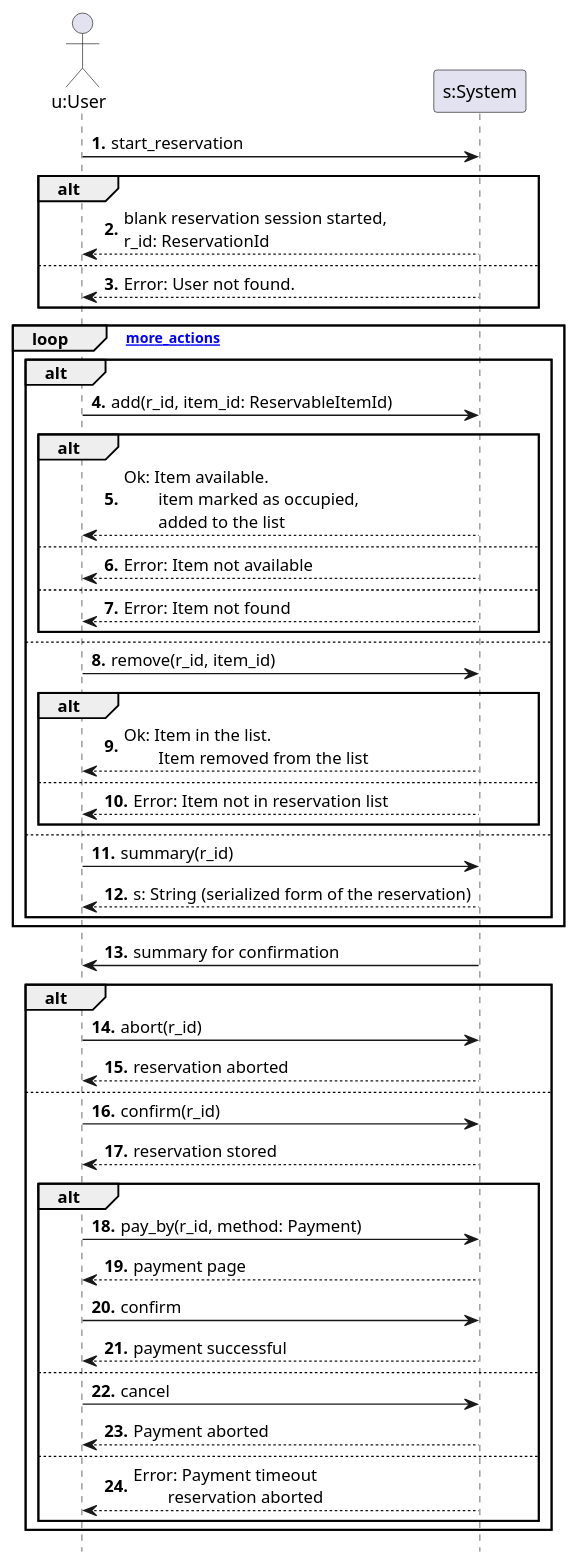
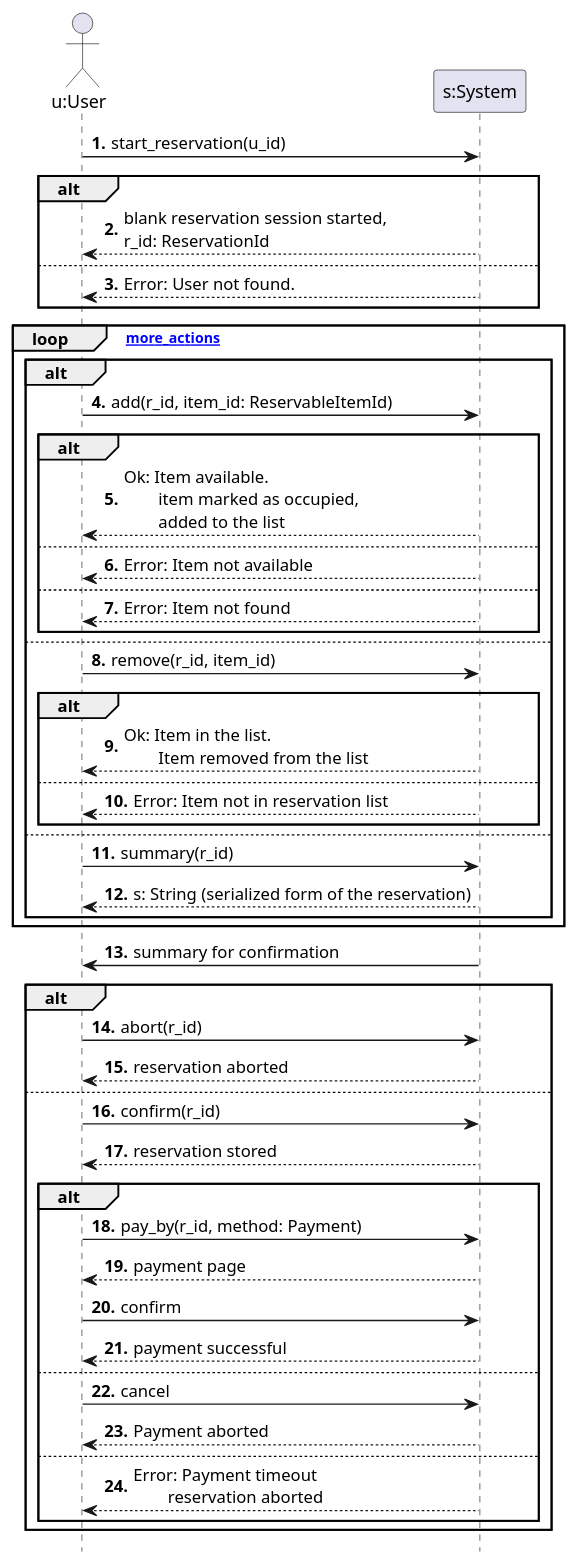
Before and after one commit to Deuchier/flight_manager_V1: the diagram in doc/analysis/ssd1.puml, drawn with PlantUML. The commit also changed 2 other files, not shown here.

```diff
--- a/doc/analysis/ssd1.puml
+++ b/doc/analysis/ssd1.puml
@@ -1,57 +1,57 @@
 @startuml
 
 hide footbox
 autonumber "<b>##."
 
 actor "u:User" as U
 participant "s:System" as S
 
-U -> S : start_reservation
+U -> S : start_reservation(u_id)
 alt
     U <-- S : blank reservation session started,\nr_id: ReservationId
 else
     U <-- S : Error: User not found.
 end
 loop [more_actions]
     alt
         U -> S : add(r_id, item_id: ReservableItemId)
         alt
             U <-- S : Ok: Item available.\n\titem marked as occupied,\n\tadded to the list
         else
             U <-- S : Error: Item not available
         else
             U <-- S : Error: Item not found
         end
     else
         U -> S : remove(r_id, item_id)
         alt
             U <-- S : Ok: Item in the list.\n\tItem removed from the list
         else
             U <-- S : Error: Item not in reservation list
         end
     else
         U -> S : summary(r_id)
         U <-- S : s: String (serialized form of the reservation)
     end
 end
 
 U <- S : summary for confirmation
 alt
     U -> S : abort(r_id)
     U <-- S : reservation aborted
 else
     U -> S : confirm(r_id)
     U <-- S : reservation stored
     alt
         U -> S : pay_by(r_id, method: Payment)
         U <-- S : payment page
         U -> S : confirm
         U <-- S : payment successful
     else
         U -> S : cancel
         U <-- S : Payment aborted
     else
         U <-- S : Error: Payment timeout\n\treservation aborted
      end
 end
 @enduml
```
